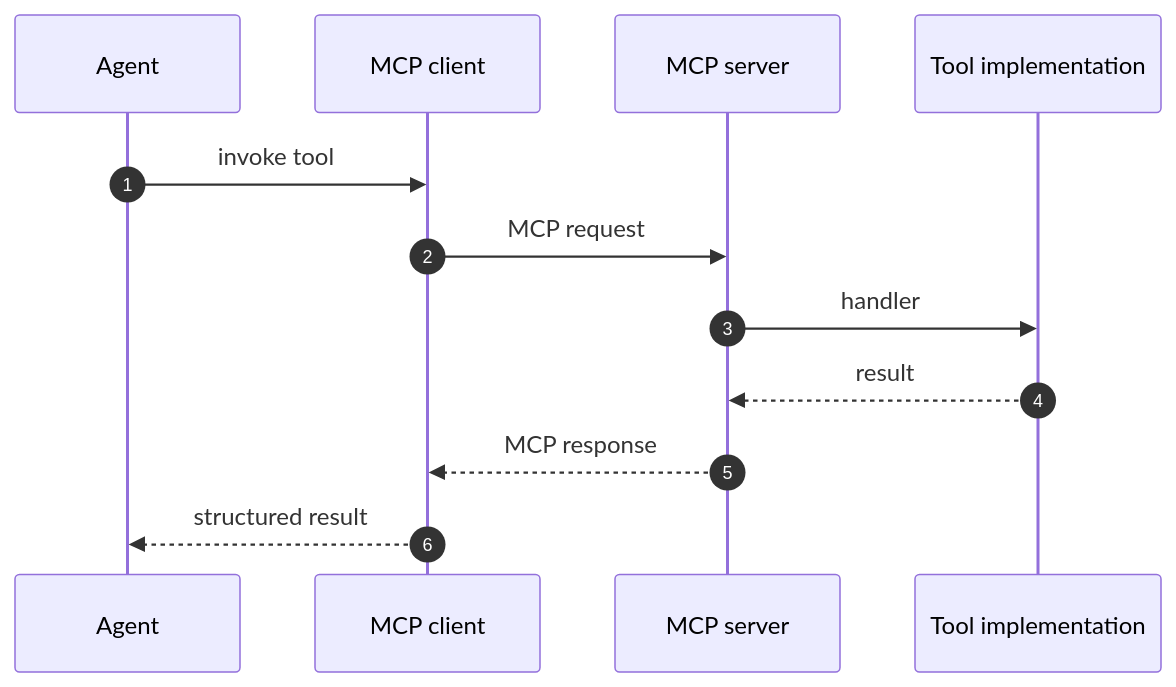
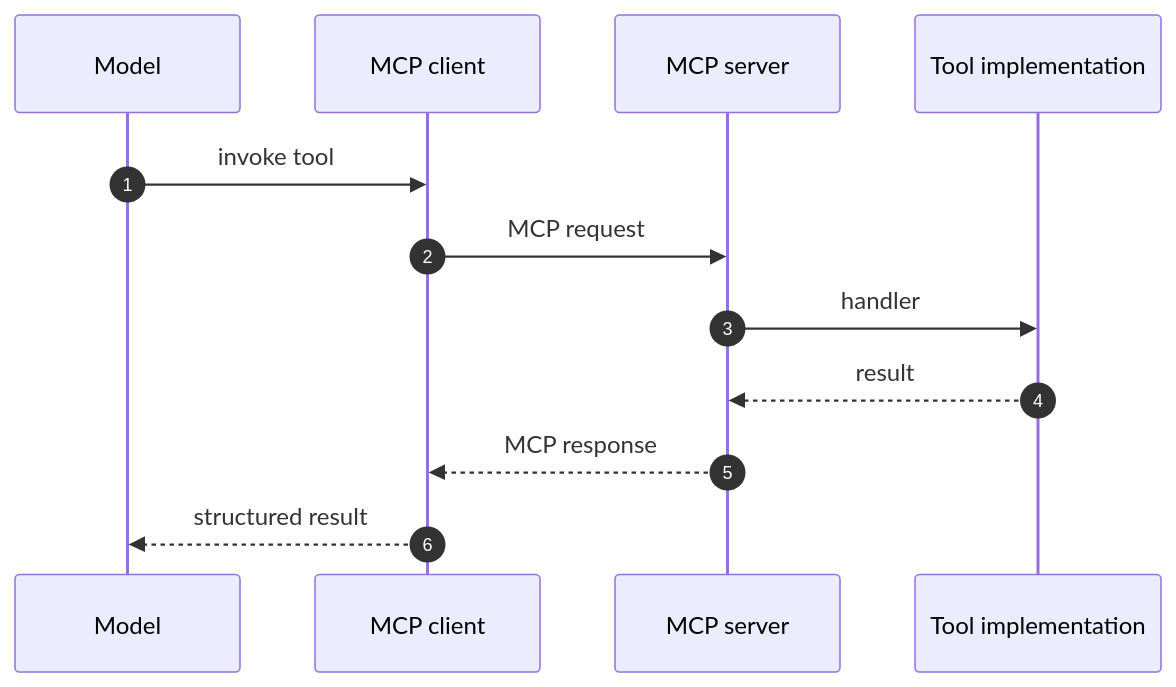
Diagram 16 of 33 in docs/4-demystifying-foundry-agents-mcp/demystifying-foundry-agents-mcp.md (dustinkorzaan/weather-1116), drawn with Mermaid before and after one commit. The commit also changed other lines of this file, not shown here.

Commit message:
Fix section 8 MCP diagrams to show Model calling MCP client
In the demystifying brainstorm, both MCP-entry diagrams labeled the
caller as Agent; for the model-direct pattern they introduce, Model
invokes the MCP client instead.

````diff
--- a/docs/4-demystifying-foundry-agents-mcp/demystifying-foundry-agents-mcp.md
+++ b/docs/4-demystifying-foundry-agents-mcp/demystifying-foundry-agents-mcp.md
@@ -339,15 +339,15 @@
 ```mermaid
 sequenceDiagram
     autonumber
-    participant Agent
+    participant Model
     participant MCP as MCP client
     participant Srv as MCP server
     participant Tool as Tool implementation
 
-    Agent->>MCP: invoke tool
+    Model->>MCP: invoke tool
     MCP->>Srv: MCP request
     Srv->>Tool: handler
     Tool-->>Srv: result
     Srv-->>MCP: MCP response
-    MCP-->>Agent: structured result
+    MCP-->>Model: structured result
 ```
````
